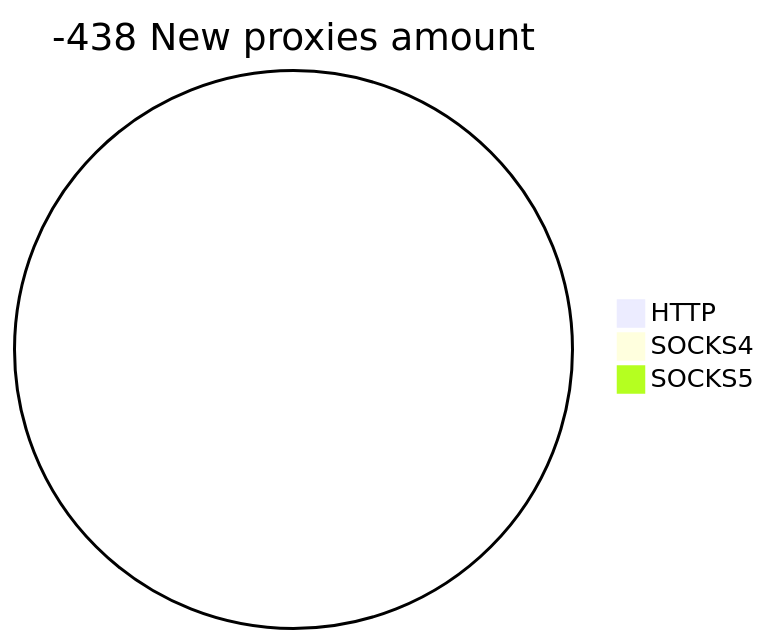
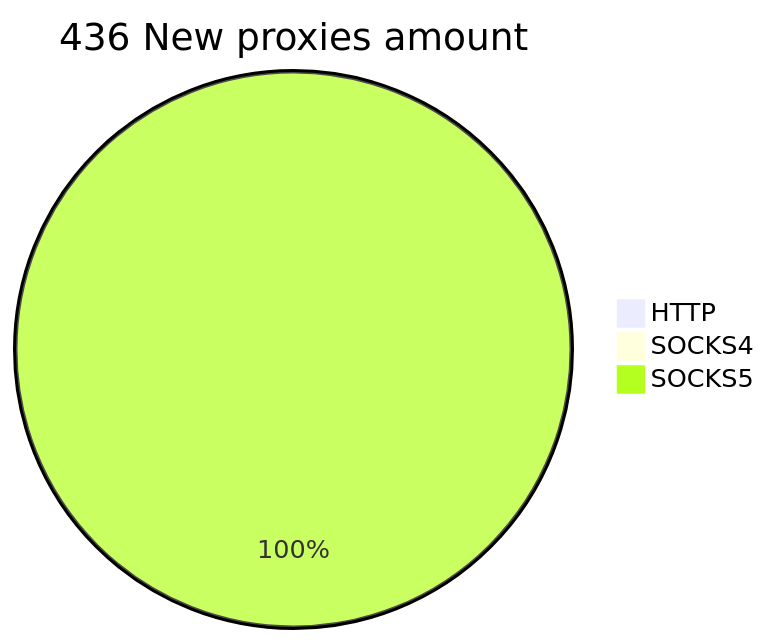
The second of 2 diagrams in README.md (cutipu/proxylist), drawn with Mermaid before and after one commit. The commit also changed other lines of this file, not shown here.

````diff
--- a/README.md
+++ b/README.md
@@ -10,6 +10,6 @@
 ```mermaid
-pie title -438 New proxies amount
+pie title 436 New proxies amount
     "HTTP" : 0
     "SOCKS4" : 0
-    "SOCKS5" : 0
+    "SOCKS5" : 438
 ```
````
